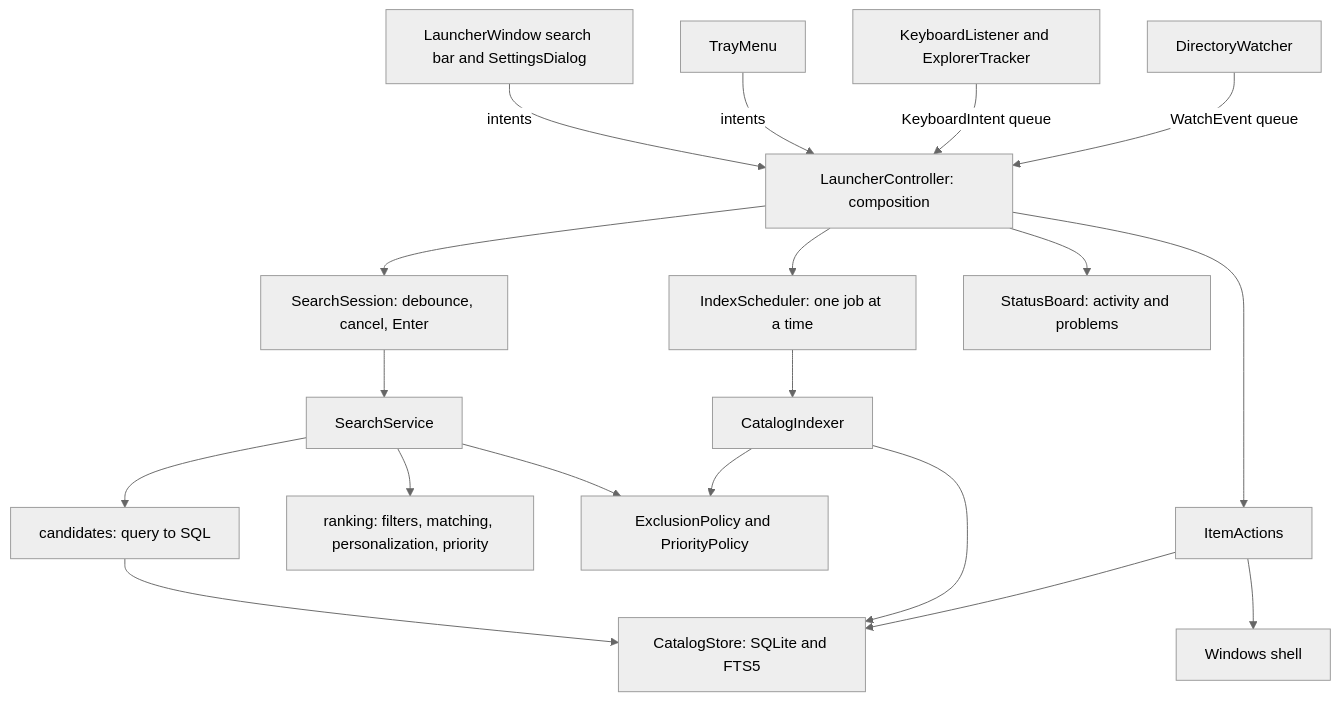
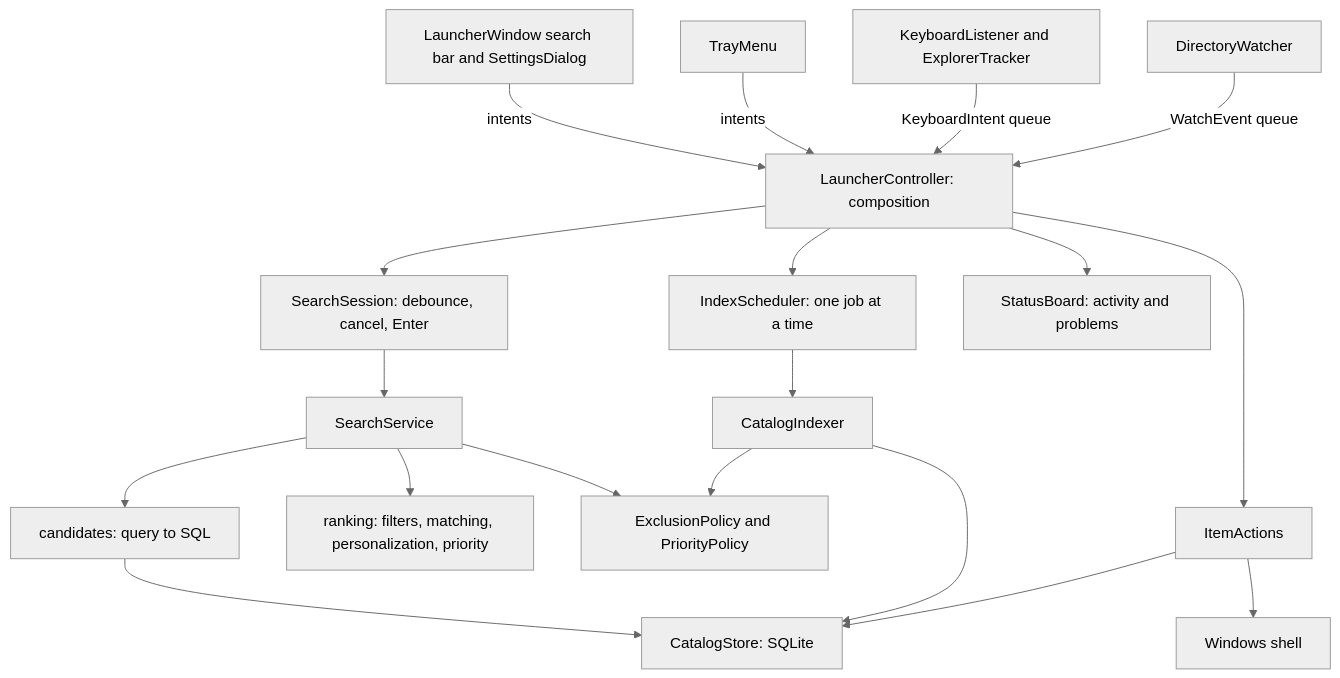
One commit to bjspi/PathScout changed the diagram in docs/architecture.md. Above: the diagram before and after it, drawn with Mermaid (neutral theme). The commit also changed other lines of this file and 21 other files, not shown here.

````diff
--- a/docs/architecture.md
+++ b/docs/architecture.md
@@ -11,20 +11,20 @@
 ```mermaid
 flowchart TD
     Window[LauncherWindow search bar and SettingsDialog] -->|intents| Controller[LauncherController: composition]
     Tray[TrayMenu] -->|intents| Controller
     Keys[KeyboardListener and ExplorerTracker] -->|KeyboardIntent queue| Controller
     Watch[DirectoryWatcher] -->|WatchEvent queue| Controller
     Controller --> Session[SearchSession: debounce, cancel, Enter]
     Controller --> Scheduler[IndexScheduler: one job at a time]
     Controller --> Status[StatusBoard: activity and problems]
     Session --> Search[SearchService]
     Scheduler --> Index[CatalogIndexer]
     Search --> Candidates[candidates: query to SQL]
     Search --> Ranking[ranking: filters, matching, personalization, priority]
     Index --> Rules[ExclusionPolicy and PriorityPolicy]
     Search --> Rules
-    Candidates --> Store[CatalogStore: SQLite and FTS5]
+    Candidates --> Store[CatalogStore: SQLite]
     Index --> Store
     Controller --> Actions[ItemActions] --> Store
     Actions --> Shell[Windows shell]
 ```
````
